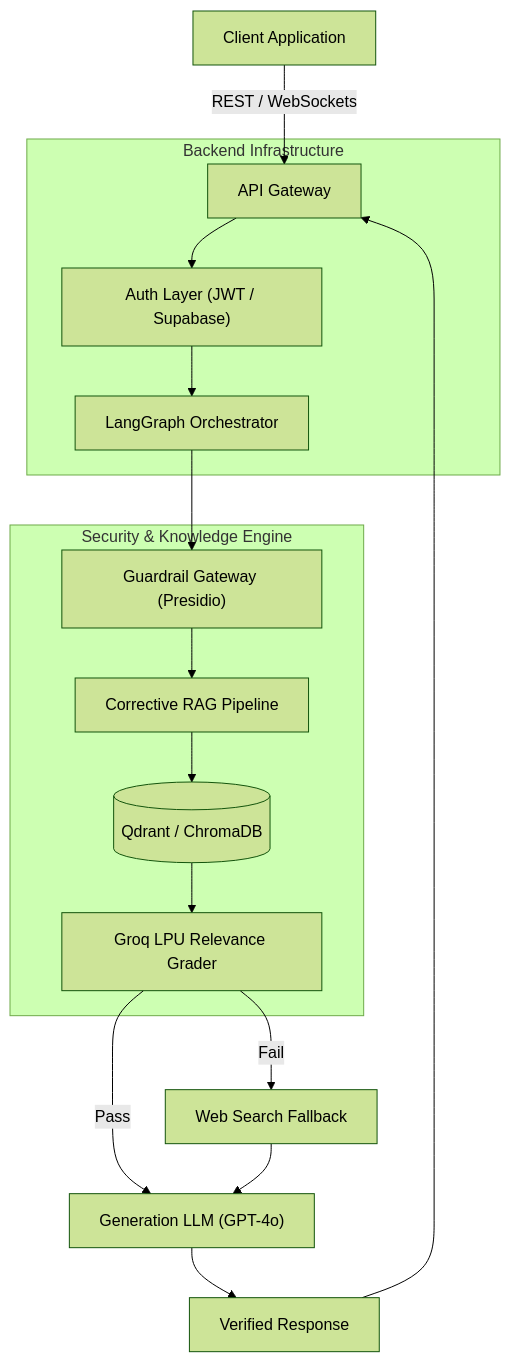
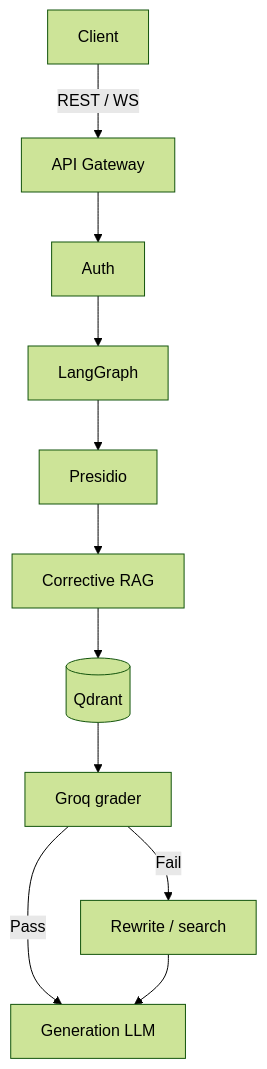
The diagram in README.md (engrmaziz/engrmaziz), drawn with Mermaid (forest theme) before and after one commit. The commit also changed other lines of this file and 86 other files, not shown here.

````diff
--- a/README.md
+++ b/README.md
@@ -120,22 +68,13 @@
 ```mermaid
 graph TD
-    Client["Client Application"] -->|"REST / WebSockets"| Gateway["API Gateway"]
-
-    subgraph Backend["Backend Infrastructure"]
-        Gateway --> Auth["Auth Layer (JWT / Supabase)"]
-        Auth --> Orchestrator["LangGraph Orchestrator"]
-    end
-
-    subgraph Security["Security & Knowledge Engine"]
-        Orchestrator --> Guardrail["Guardrail Gateway (Presidio)"]
-        Guardrail --> CRAG["Corrective RAG Pipeline"]
-        CRAG --> VectorDB[("Qdrant / ChromaDB")]
-        VectorDB --> Grader["Groq LPU Relevance Grader"]
-    end
-
-    Grader -- "Pass" --> LLM["Generation LLM (GPT-4o)"]
-    Grader -- "Fail" --> Fallback["Web Search Fallback"]
+    Client["Client"] -->|"REST / WS"| Gateway["API Gateway"]
+    Gateway --> Auth["Auth"]
+    Auth --> Orchestrator["LangGraph"]
+    Orchestrator --> Guardrail["Presidio"]
+    Guardrail --> CRAG["Corrective RAG"]
+    CRAG --> VectorDB[("Qdrant")]
+    VectorDB --> Grader["Groq grader"]
+    Grader -- Pass --> LLM["Generation LLM"]
+    Grader -- Fail --> Fallback["Rewrite / search"]
     Fallback --> LLM
-    LLM --> Response["Verified Response"]
-    Response --> Gateway
 ```
````
